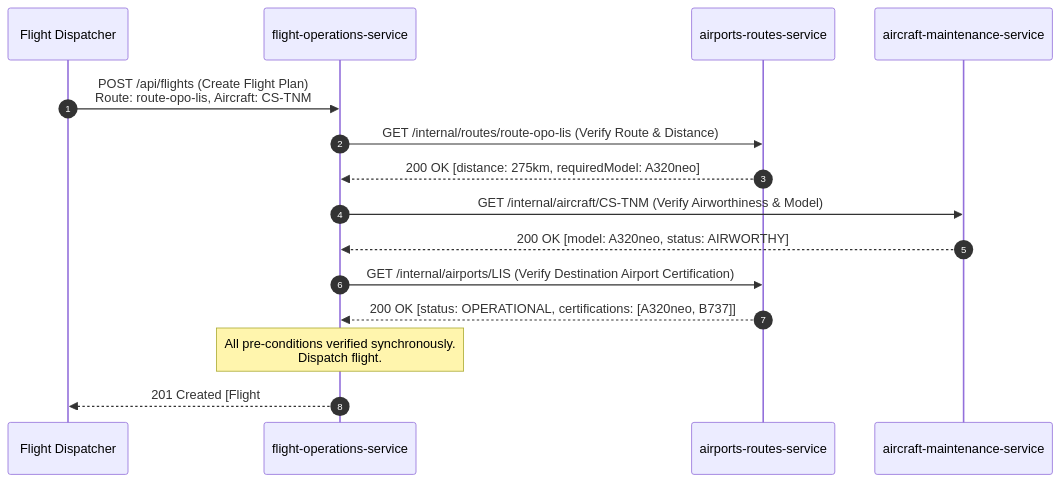
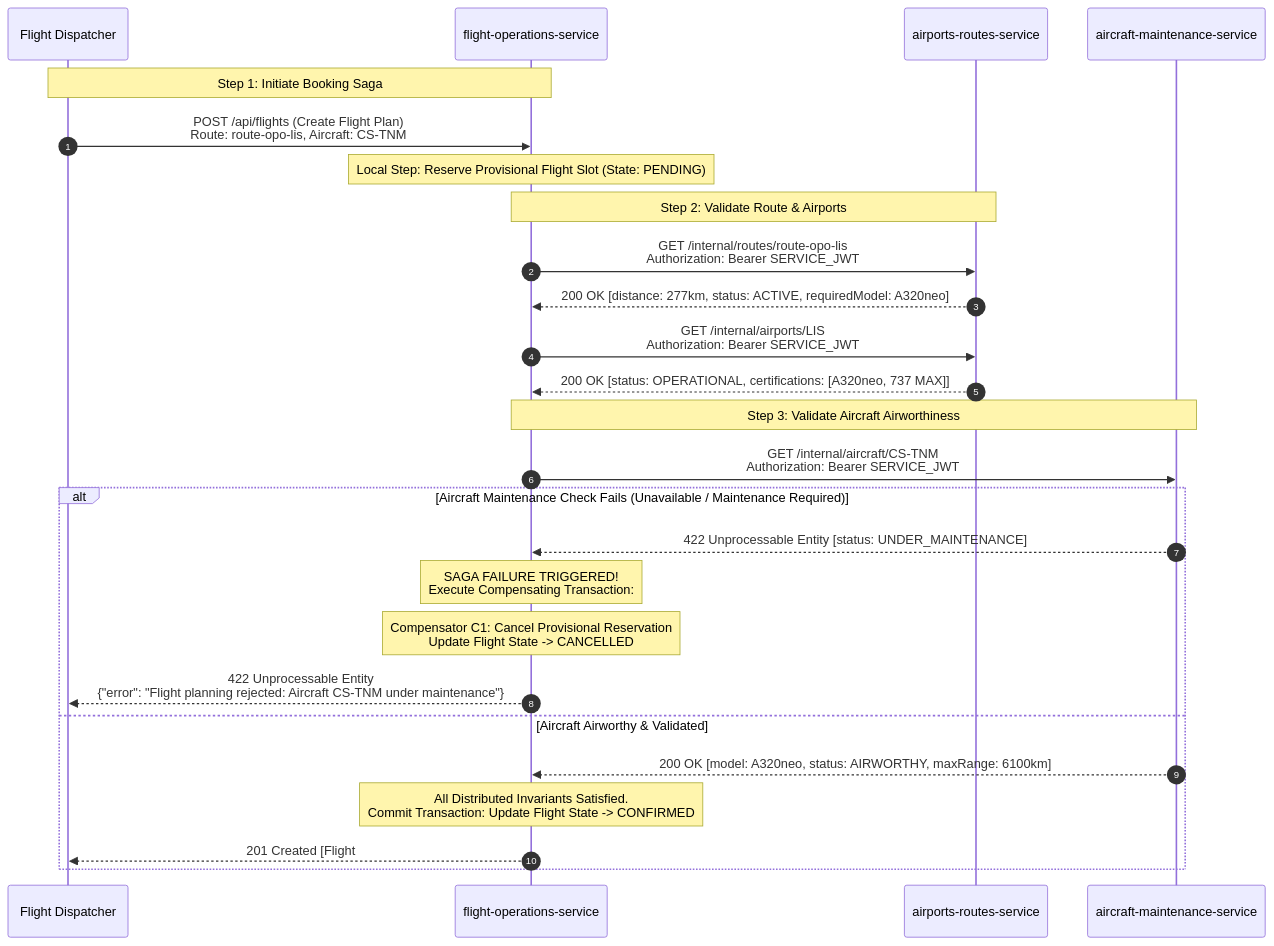
Before and after one commit to ImJay1527/airports-routes-service: the fifth of 6 diagrams in docs/architecture.md, drawn with Mermaid. The commit also changed other lines of this file and 2 other files, not shown here.

Commit message:
docs: formalize architecture into complete C4+1 model with Logical, Process, Deployment, and Implementation views

````diff
--- a/docs/architecture.md
+++ b/docs/architecture.md
@@ -223,22 +236,35 @@
 ```mermaid
-%% Sequence Diagram: Inter-Service Command Coordination
+%% C4+1 Process View: Distributed Saga Pattern with Compensations
 sequenceDiagram
     autonumber
     participant Op as Flight Dispatcher
     participant FO as flight-operations-service
     participant AR as airports-routes-service
     participant AM as aircraft-maintenance-service
 
+    Note over Op,FO: Step 1: Initiate Booking Saga
     Op->>FO: POST /api/flights (Create Flight Plan)<br/>Route: route-opo-lis, Aircraft: CS-TNM
-    FO->>AR: GET /internal/routes/route-opo-lis (Verify Route & Distance)
-    AR-->>FO: 200 OK [distance: 275km, requiredModel: A320neo]
     
-    FO->>AM: GET /internal/aircraft/CS-TNM (Verify Airworthiness & Model)
-    AM-->>FO: 200 OK [model: A320neo, status: AIRWORTHY]
+    Note over FO: Local Step: Reserve Provisional Flight Slot (State: PENDING)
+    
+    Note over FO,AR: Step 2: Validate Route & Airports
+    FO->>AR: GET /internal/routes/route-opo-lis<br/>Authorization: Bearer SERVICE_JWT
+    AR-->>FO: 200 OK [distance: 277km, status: ACTIVE, requiredModel: A320neo]
+    
+    FO->>AR: GET /internal/airports/LIS<br/>Authorization: Bearer SERVICE_JWT
+    AR-->>FO: 200 OK [status: OPERATIONAL, certifications: [A320neo, 737 MAX]]
 
-    FO->>AR: GET /internal/airports/LIS (Verify Destination Airport Certification)
-    AR-->>FO: 200 OK [status: OPERATIONAL, certifications: [A320neo, B737]]
-
-    Note over FO: All pre-conditions verified synchronously.<br/>Dispatch flight.
-    FO-->>Op: 201 Created [Flight #AF124 planned]
+    Note over FO,AM: Step 3: Validate Aircraft Airworthiness
+    FO->>AM: GET /internal/aircraft/CS-TNM<br/>Authorization: Bearer SERVICE_JWT
+    
+    alt Aircraft Maintenance Check Fails (Unavailable / Maintenance Required)
+        AM-->>FO: 422 Unprocessable Entity [status: UNDER_MAINTENANCE]
+        Note over FO: SAGA FAILURE TRIGGERED!<br/>Execute Compensating Transaction:
+        Note over FO: Compensator C1: Cancel Provisional Reservation<br/>Update Flight State -> CANCELLED
+        FO-->>Op: 422 Unprocessable Entity<br/>{"error": "Flight planning rejected: Aircraft CS-TNM under maintenance"}
+    else Aircraft Airworthy & Validated
+        AM-->>FO: 200 OK [model: A320neo, status: AIRWORTHY, maxRange: 6100km]
+        Note over FO: All Distributed Invariants Satisfied.<br/>Commit Transaction: Update Flight State -> CONFIRMED
+        FO-->>Op: 201 Created [Flight #AF124 Scheduled]
+    end
 ```
````
